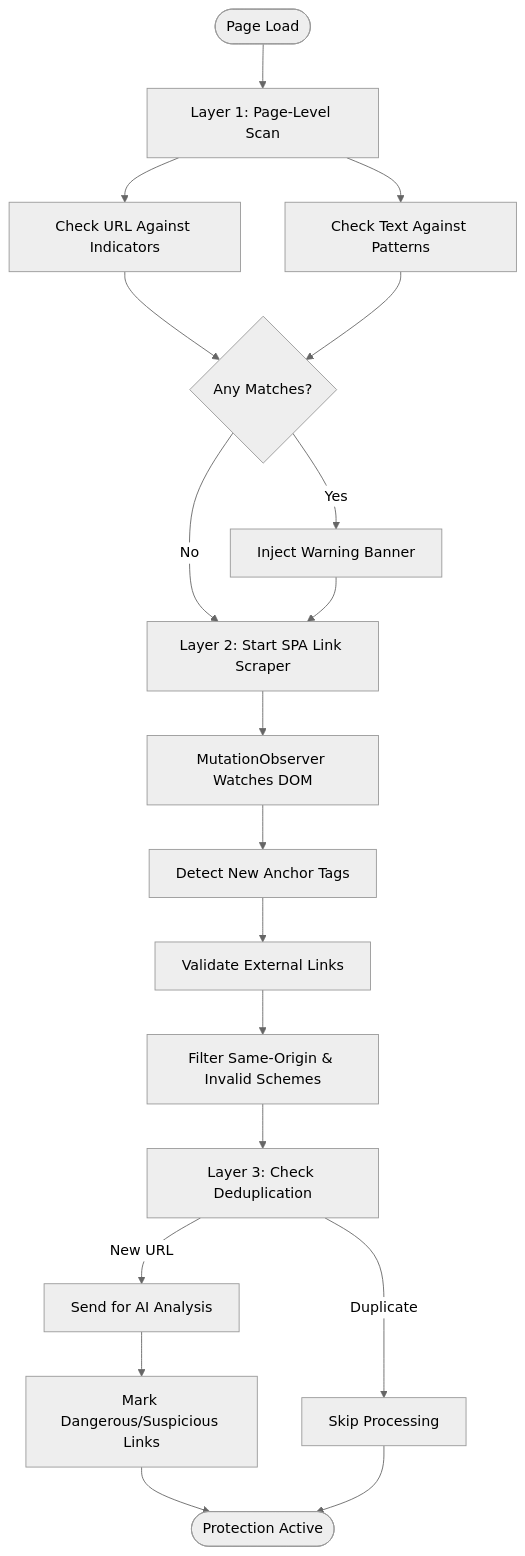
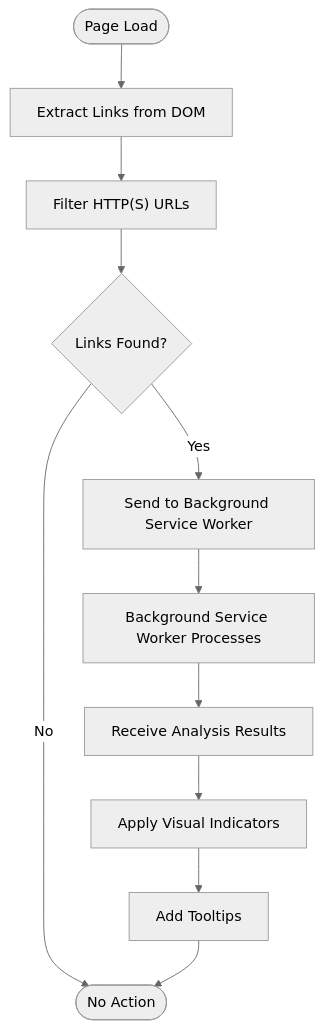
Before and after one commit to Aymanaahh/scrollguard-ai: the third of 7 diagrams in .qoder/repowiki/en/content/System Architecture.md, drawn with Mermaid (neutral theme). The commit also changed other lines of this file and 36 other files, not shown here.

Commit message:
Major refactor: async backend, improved heuristics, modernized popup UI, and optimized content script with MutationObserver + deduplication

````diff
--- a/.qoder/repowiki/en/content/System Architecture.md
+++ b/.qoder/repowiki/en/content/System Architecture.md
@@ -161,21 +169,13 @@
 ```mermaid
 flowchart TD
-Start(["Page Load"]) --> Layer1["Layer 1: Page-Level Scan"]
-Layer1 --> CheckURL["Check URL Against Indicators"]
-Layer1 --> CheckText["Check Text Against Patterns"]
-CheckURL --> Combine{"Any Matches?"}
-CheckText --> Combine
-Combine --> |Yes| Banner["Inject Warning Banner"]
-Combine --> |No| Layer2["Layer 2: Start SPA Link Scraper"]
-Banner --> Layer2
-Layer2 --> Observer["MutationObserver Watches DOM"]
-Observer --> NewLinks["Detect New Anchor Tags"]
-NewLinks --> Validate["Validate External Links"]
-Validate --> Filter["Filter Same-Origin & Invalid Schemes"]
-Filter --> Dedup["Layer 3: Check Deduplication"]
-Dedup --> |New URL| Analyze["Send for AI Analysis"]
-Dedup --> |Duplicate| Skip["Skip Processing"]
-Analyze --> Mark["Mark Dangerous/Suspicious Links"]
-Mark --> End(["Protection Active"])
-Skip --> End
+Start(["Page Load"]) --> Extract["Extract Links from DOM"]
+Extract --> Filter["Filter HTTP(S) URLs"]
+Filter --> Batch{"Links Found?"}
+Batch --> |Yes| Send["Send to Background Service Worker"]
+Batch --> |No| End(["No Action"])
+Send --> Process["Background Service Worker Processes"]
+Process --> Receive["Receive Analysis Results"]
+Receive --> Apply["Apply Visual Indicators"]
+Apply --> Tooltip["Add Tooltips"]
+Tooltip --> End
 ```
````
